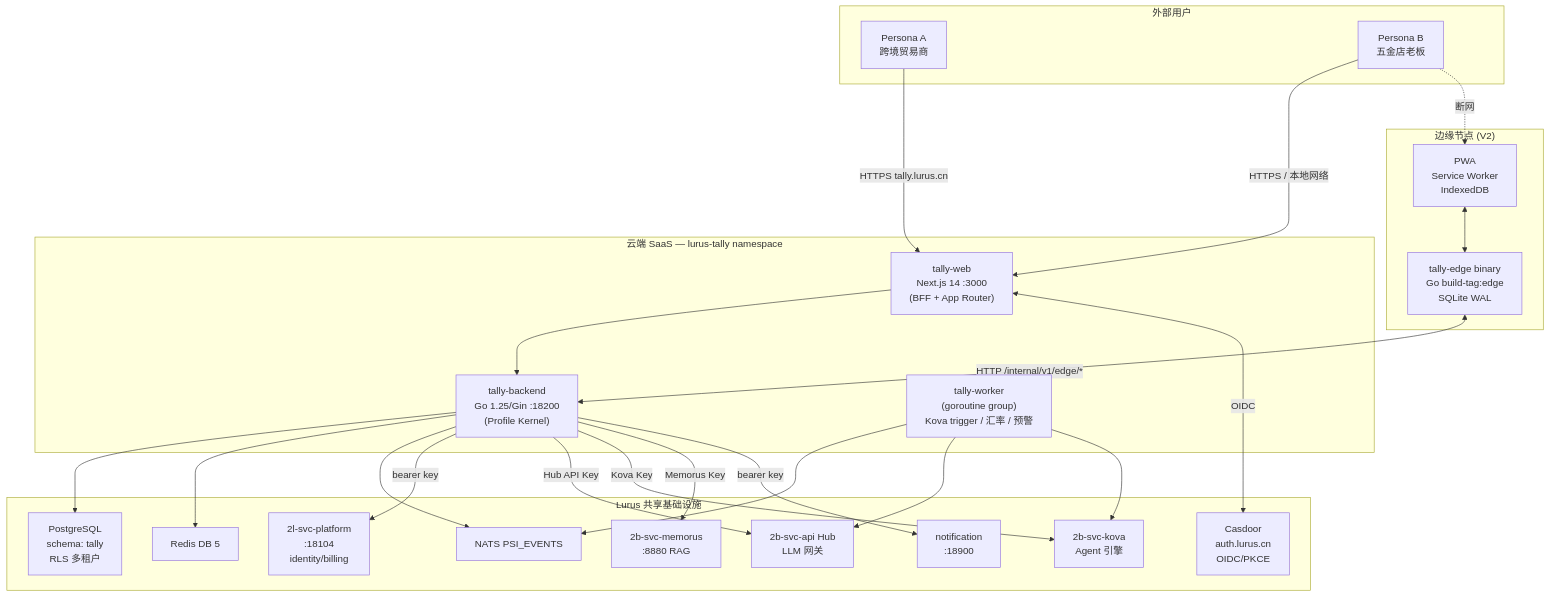
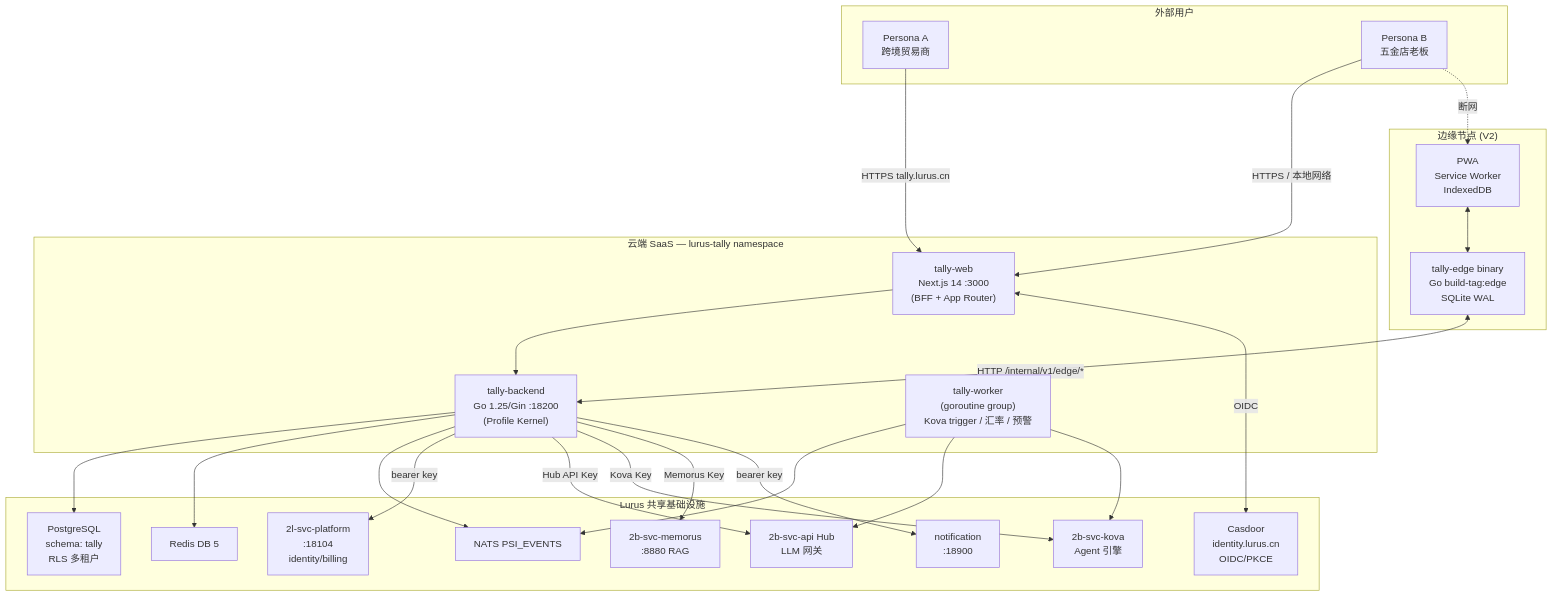
Before and after one commit to hanmahong5-arch/lurus-docs: the first of 6 diagrams in internal/products/tally.md, drawn with Mermaid. The commit also changed other lines of this file and 76 other files, not shown here.

````diff
--- a/internal/products/tally.md
+++ b/internal/products/tally.md
@@ -120,45 +120,45 @@
 ```mermaid
 flowchart TB
     subgraph Users["外部用户"]
         UA["Persona A\n跨境贸易商"]
         UB["Persona B\n五金店老板"]
     end
 
     subgraph Cloud["云端 SaaS — lurus-tally namespace"]
         WEB["tally-web\nNext.js 14 :3000\n(BFF + App Router)"]
         BE["tally-backend\nGo 1.25/Gin :18200\n(Profile Kernel)"]
         WK["tally-worker\n(goroutine group)\nKova trigger / 汇率 / 预警"]
     end
 
     subgraph Edge["边缘节点 (V2)"]
         EB["tally-edge binary\nGo build-tag:edge\nSQLite WAL"]
         PWA["PWA\nService Worker\nIndexedDB"]
     end
 
     subgraph Platform["Lurus 共享基础设施"]
         PG["PostgreSQL\nschema: tally\nRLS 多租户"]
         RD["Redis DB 5"]
         NT["NATS PSI_EVENTS"]
         PLT["2l-svc-platform\n:18104\nidentity/billing"]
         HUB["2b-svc-api Hub\nLLM 网关"]
         KV["2b-svc-kova\nAgent 引擎"]
         MEM["2b-svc-memorus\n:8880 RAG"]
         NOTIF["notification\n:18900"]
-        ZIT["Casdoor\nauth.lurus.cn\nOIDC/PKCE"]
+        ZIT["Casdoor\nidentity.lurus.cn\nOIDC/PKCE"]
     end
 
     UA -->|HTTPS tally.lurus.cn| WEB
     UB -->|HTTPS / 本地网络| WEB
     UB -.->|断网| PWA
     WEB --> BE
     BE --> PG & RD & NT
     BE -->|bearer key| PLT
     BE -->|Hub API Key| HUB
     BE -->|Kova Key| KV
     BE -->|Memorus Key| MEM
     BE -->|bearer key| NOTIF
     WEB <-->|OIDC| ZIT
     WK --> NT & HUB & KV
     EB <-->|HTTP /internal/v1/edge/*| BE
     PWA <--> EB
 ```
````
